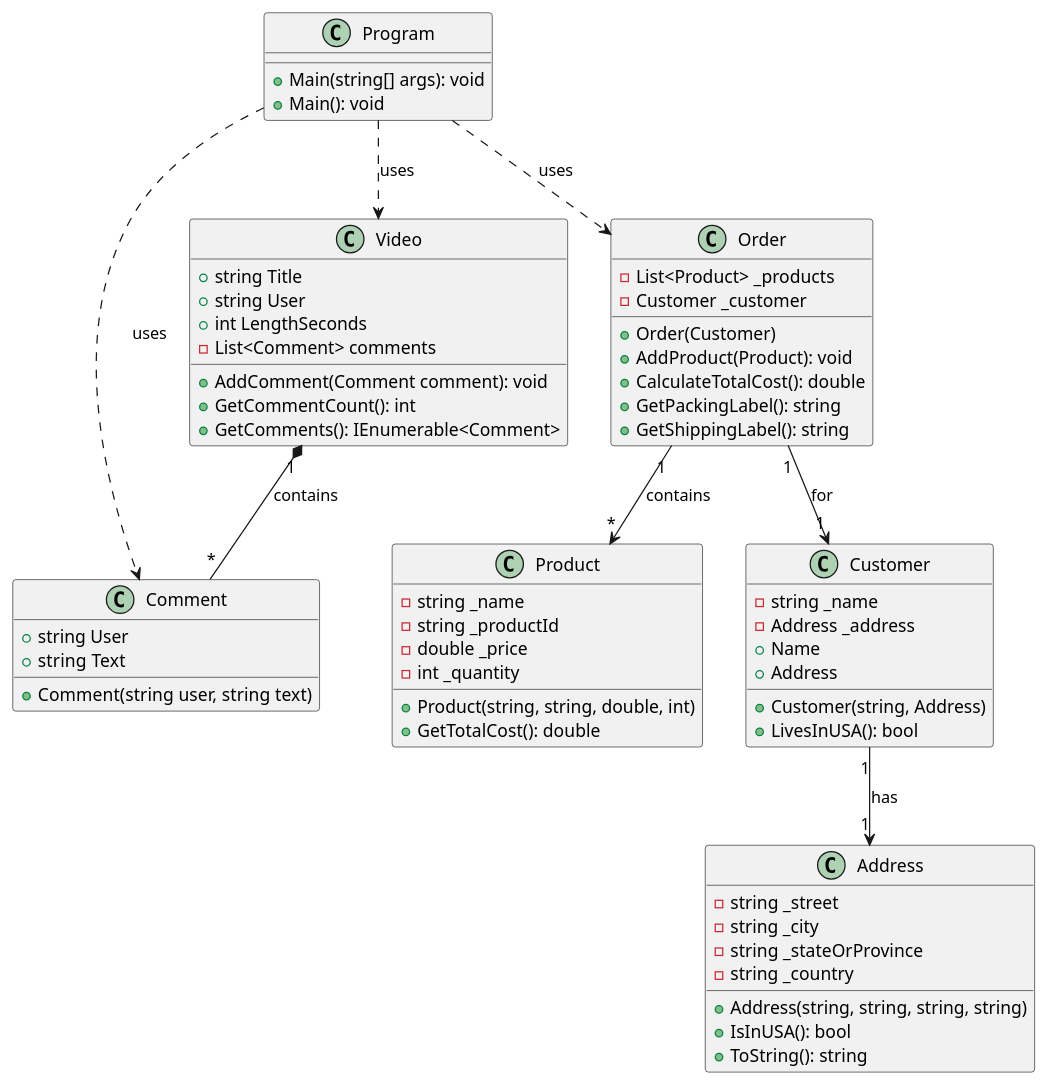
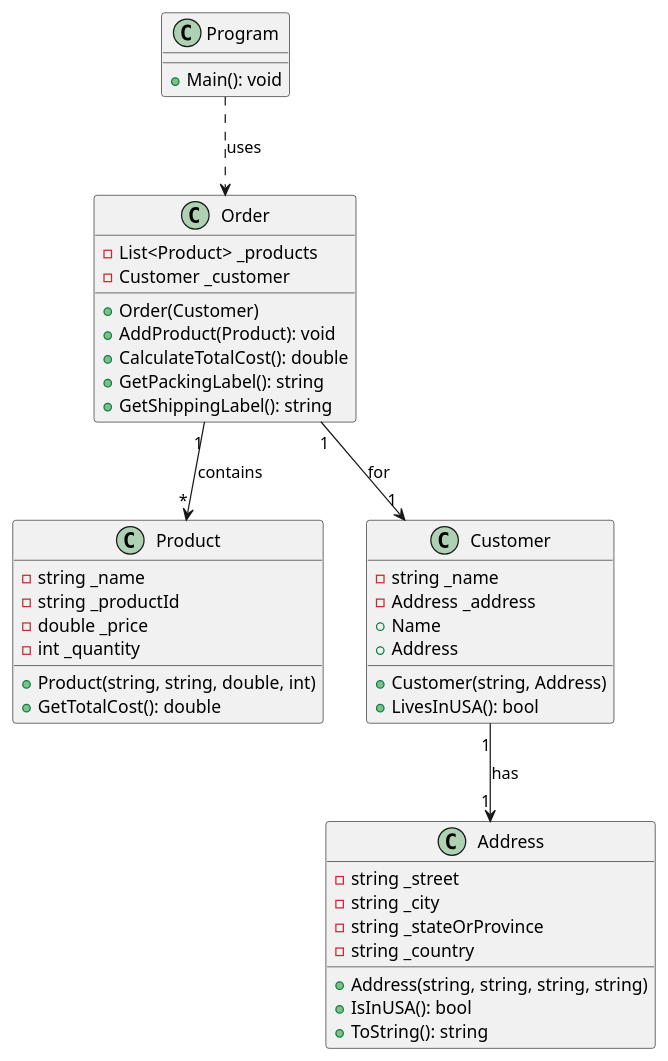
One commit to Matt-B-Anderson/cse210 changed the first of 2 diagrams in week04/ClassDiagrams.puml. Above: the diagram before and after it, drawn with PlantUML. The commit also changed 1 other file, not shown here.

Commit message:
Added screenshot for online ordering

```diff
--- a/week04/ClassDiagrams.puml
+++ b/week04/ClassDiagrams.puml
@@ -3,77 +2,50 @@
-@startuml ClassDiagrams
-
-class Comment {
-    +string User
-    +string Text
-    +Comment(string user, string text)
-}
-
-class Video {
-    +string Title
-    +string User
-    +int LengthSeconds
-    -List<Comment> comments
-    +AddComment(Comment comment): void
-    +GetCommentCount(): int
-    +GetComments(): IEnumerable<Comment>
-}
-
-class Program {
-    +Main(string[] args): void
-}
-
-Video "1" *-- "*" Comment : contains
-Program ..> Video : uses
-Program ..> Comment : uses
-
-
-' Online Ordering Class Diagram
+@startuml OnlineOrdering
 
 class Product {
   -string _name
   -string _productId
   -double _price
   -int _quantity
   +Product(string, string, double, int)
   +GetTotalCost(): double
 }
 
 class Address {
   -string _street
   -string _city
   -string _stateOrProvince
   -string _country
   +Address(string, string, string, string)
   +IsInUSA(): bool
   +ToString(): string
 }
 
 class Customer {
   -string _name
   -Address _address
   +Customer(string, Address)
   +LivesInUSA(): bool
   +Name
   +Address
 }
 
 class Order {
   -List<Product> _products
   -Customer _customer
   +Order(Customer)
   +AddProduct(Product): void
   +CalculateTotalCost(): double
   +GetPackingLabel(): string
   +GetShippingLabel(): string
 }
 
 class Program {
   +Main(): void
 }
 
 Customer "1" --> "1" Address : has
 Order "1" --> "*" Product : contains
 Order "1" --> "1" Customer : for
 Program ..> Order : uses
 
 @enduml
```
